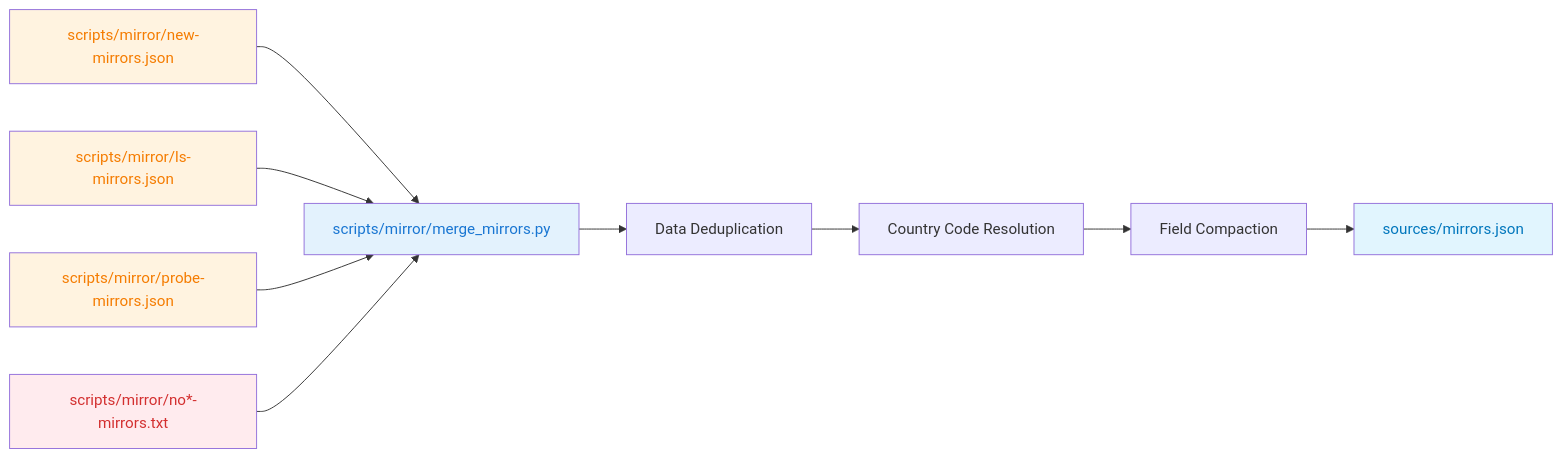
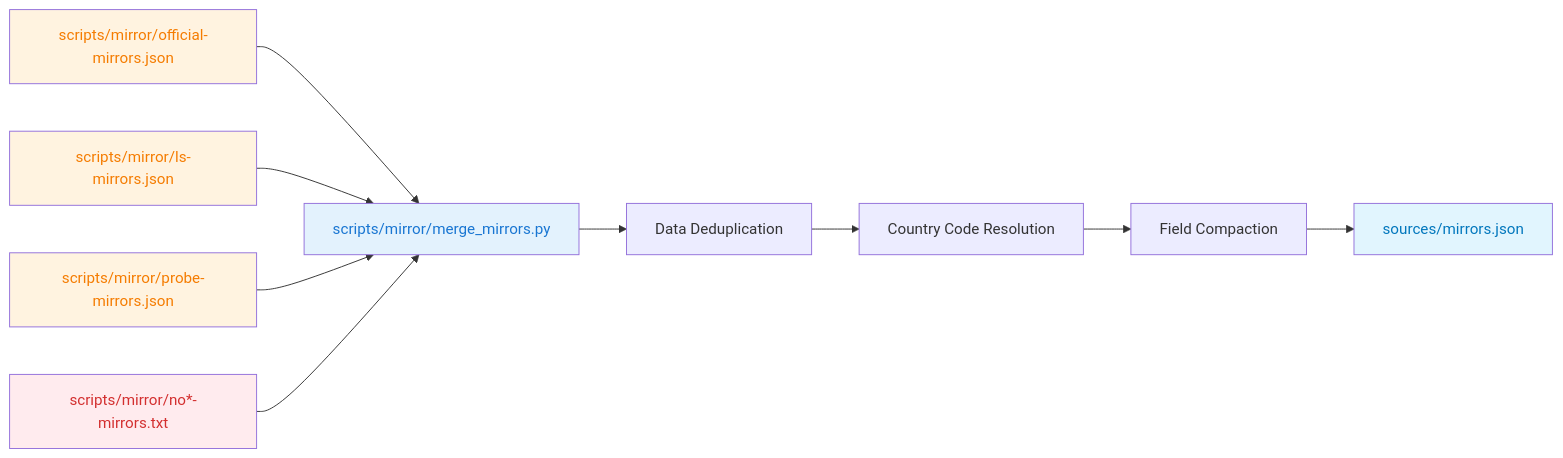
Before and after one commit to xiaobingling93-pixel/openeuler-epkg: the fifth of 6 diagrams in scripts/mirror/usage.md, drawn with Mermaid. The commit also changed other lines of this file and 34 other files, not shown here.

````diff
--- a/scripts/mirror/usage.md
+++ b/scripts/mirror/usage.md
@@ -231,19 +404,19 @@
 ```mermaid
 graph LR
-    A[scripts/mirror/new-mirrors.json] --> F[scripts/mirror/merge_mirrors.py]
+    A[scripts/mirror/official-mirrors.json] --> F[scripts/mirror/merge_mirrors.py]
     B[scripts/mirror/ls-mirrors.json] --> F
     C[scripts/mirror/probe-mirrors.json] --> F
     E[scripts/mirror/no*-mirrors.txt] --> F
 
     F --> G[Data Deduplication]
     G --> H[Country Code Resolution]
     H --> I[Field Compaction]
     I --> J[sources/mirrors.json]
 
     style F fill:#e3f2fd,color:#1976d2
     style A fill:#fff3e0,color:#f57c00
     style B fill:#fff3e0,color:#f57c00
     style C fill:#fff3e0,color:#f57c00
     style E fill:#ffebee,color:#d32f2f
     style J fill:#e1f5fe,color:#0277bd
 ```
````
